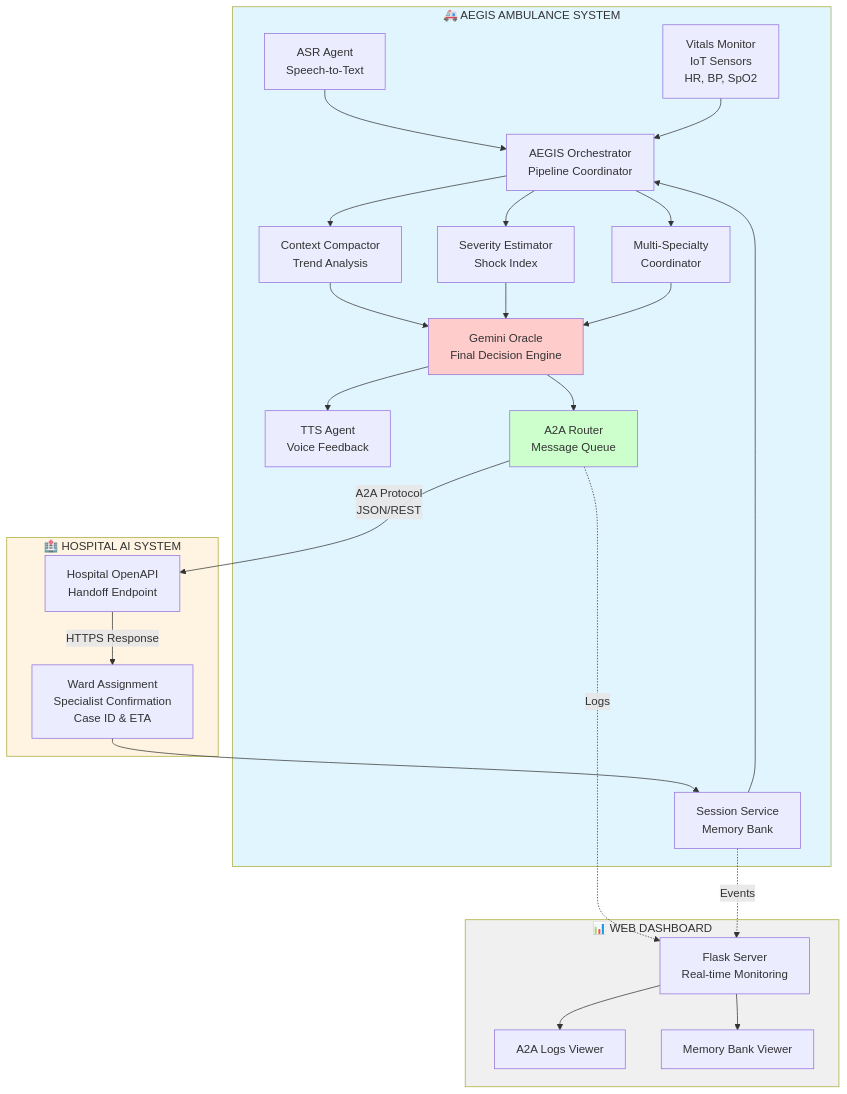
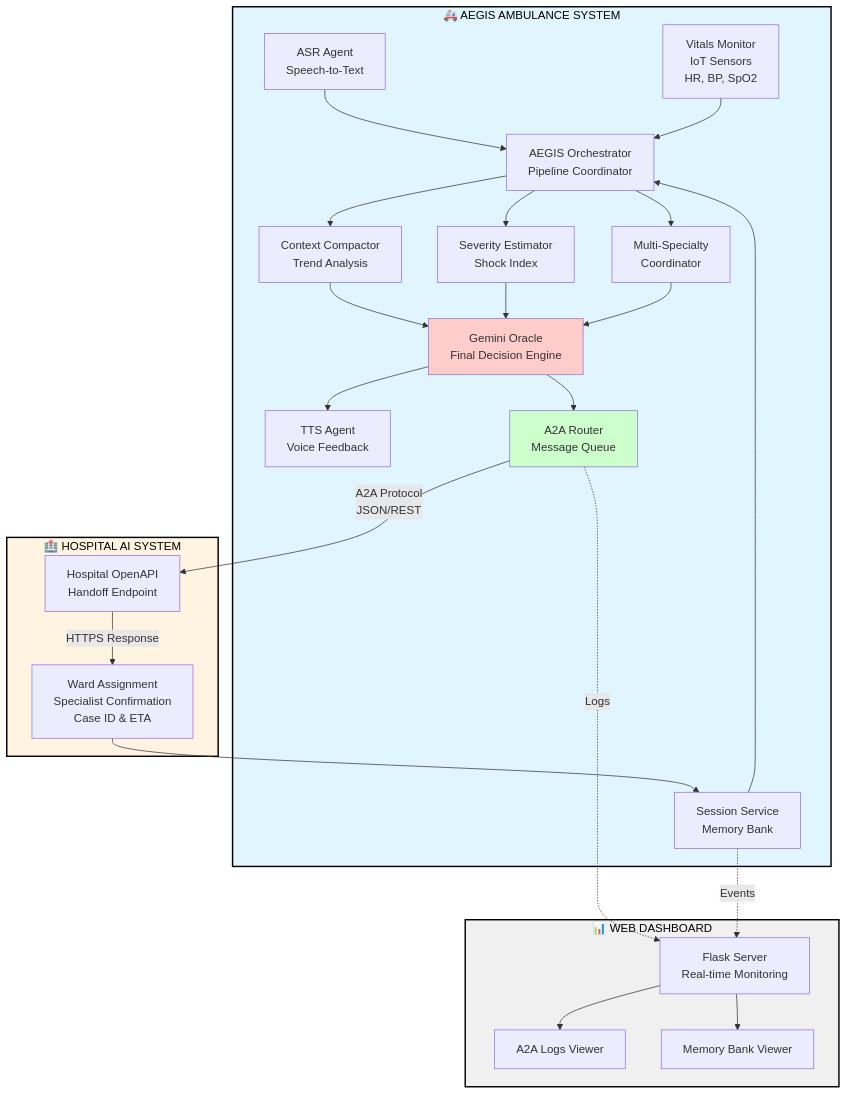
The diagram in README.md (D-Bee09/aegis-capstone-project), drawn with Mermaid before and after one commit. The commit also changed other lines of this file, not shown here.

````diff
--- a/README.md
+++ b/README.md
@@ -46,60 +46,60 @@
 ```mermaid
 graph TB
     subgraph AMBULANCE["🚑 AEGIS AMBULANCE SYSTEM"]
         ASR[ASR Agent<br/>Speech-to-Text]
         VITALS[Vitals Monitor<br/>IoT Sensors<br/>HR, BP, SpO2]
         SESSION[Session Service<br/>Memory Bank]
         
         ORCH[AEGIS Orchestrator<br/>Pipeline Coordinator]
         
         COMPACT[Context Compactor<br/>Trend Analysis]
         SEVERITY[Severity Estimator<br/>Shock Index]
         SPECIALTY[Multi-Specialty<br/>Coordinator]
         
         ORACLE[Gemini Oracle<br/>Final Decision Engine]
         
         TTS[TTS Agent<br/>Voice Feedback]
         A2A[A2A Router<br/>Message Queue]
     end
     
     subgraph HOSPITAL["🏥 HOSPITAL AI SYSTEM"]
         API[Hospital OpenAPI<br/>Handoff Endpoint]
         RESPONSE[Ward Assignment<br/>Specialist Confirmation<br/>Case ID & ETA]
     end
     
     subgraph DASHBOARD["📊 WEB DASHBOARD"]
         FLASK[Flask Server<br/>Real-time Monitoring]
         LOGS[A2A Logs Viewer]
         MEMORY[Memory Bank Viewer]
     end
     
     ASR --> ORCH
     VITALS --> ORCH
     SESSION --> ORCH
     
     ORCH --> COMPACT
     ORCH --> SEVERITY
     ORCH --> SPECIALTY
     
     COMPACT --> ORACLE
     SEVERITY --> ORACLE
     SPECIALTY --> ORACLE
     
     ORACLE --> TTS
     ORACLE --> A2A
     
-    A2A -->|A2A Protocol <br/> JSON/REST| API
+    A2A -->|A2A Protocol<br/>JSON/REST| API
     API -->|HTTPS Response| RESPONSE
     RESPONSE --> SESSION
     
     A2A -.->|Logs| FLASK
     SESSION -.->|Events| FLASK
     FLASK --> LOGS
     FLASK --> MEMORY
     
-    style AMBULANCE fill:#e1f5ff
-    style HOSPITAL fill:#fff4e1
-    style DASHBOARD fill:#f0f0f0
+    style AMBULANCE fill:#e1f5ff,stroke:#000,stroke-width:2px,color:#000
+    style HOSPITAL fill:#fff4e1,stroke:#000,stroke-width:2px,color:#000
+    style DASHBOARD fill:#f0f0f0,stroke:#000,stroke-width:2px,color:#000
     style ORACLE fill:#ffcccc
     style A2A fill:#ccffcc
 ```
````
